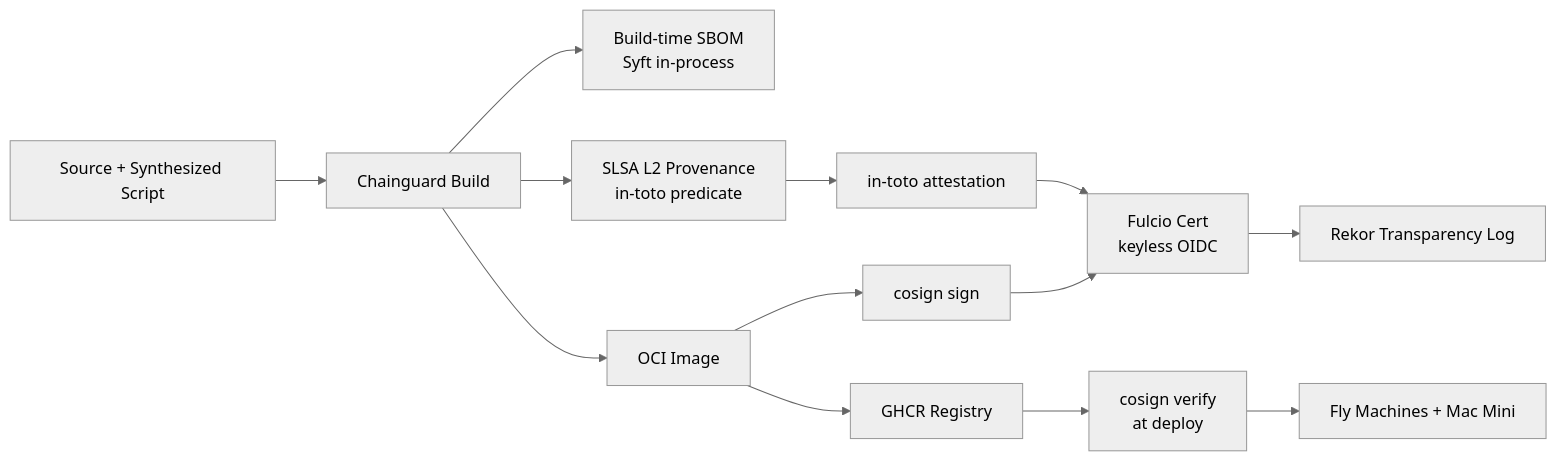
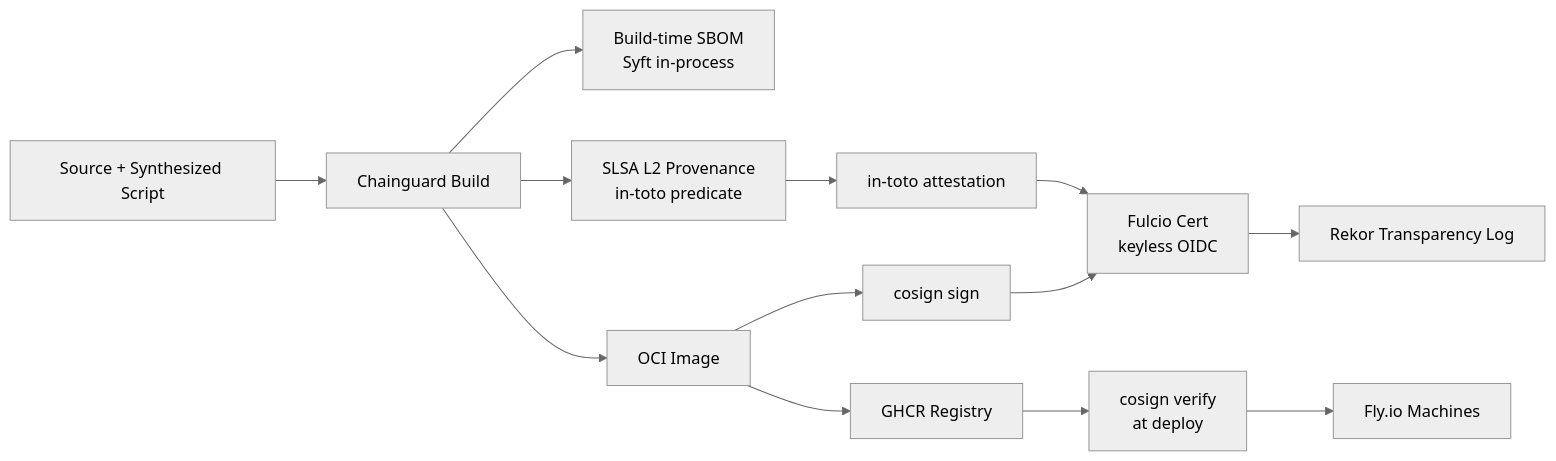
Before and after one commit to nihalnihalani/understudy: the fifth of 9 diagrams in architecture.md, drawn with Mermaid (neutral theme). The commit also changed other lines of this file and 23 other files, not shown here.

First line of the commit message:
chore(supply-chain): drop Mac Mini runtime + wire Chainguard Libraries

````diff
--- a/architecture.md
+++ b/architecture.md
@@ -227,28 +227,28 @@
 ```mermaid
 flowchart LR
     SRC[Source + Synthesized Script]
     BUILD[Chainguard Build]
     SBOM_GEN[Build-time SBOM<br/>Syft in-process]
     SLSA_PRED[SLSA L2 Provenance<br/>in-toto predicate]
     IMG[OCI Image]
     REG[GHCR Registry]
     ATT[in-toto attestation]
     FULCIO[Fulcio Cert<br/>keyless OIDC]
     REKOR[Rekor Transparency Log]
     COSIGN[cosign sign]
     VERIFY[cosign verify<br/>at deploy]
-    FLY[Fly Machines + Mac Mini]
+    FLY[Fly.io Machines]
 
     SRC --> BUILD
     BUILD --> SBOM_GEN
     BUILD --> SLSA_PRED
     BUILD --> IMG
     IMG --> REG
     SLSA_PRED --> ATT
     ATT --> FULCIO
     FULCIO --> REKOR
     IMG --> COSIGN
     COSIGN --> FULCIO
     REG --> VERIFY
     VERIFY --> FLY
 ```
````
